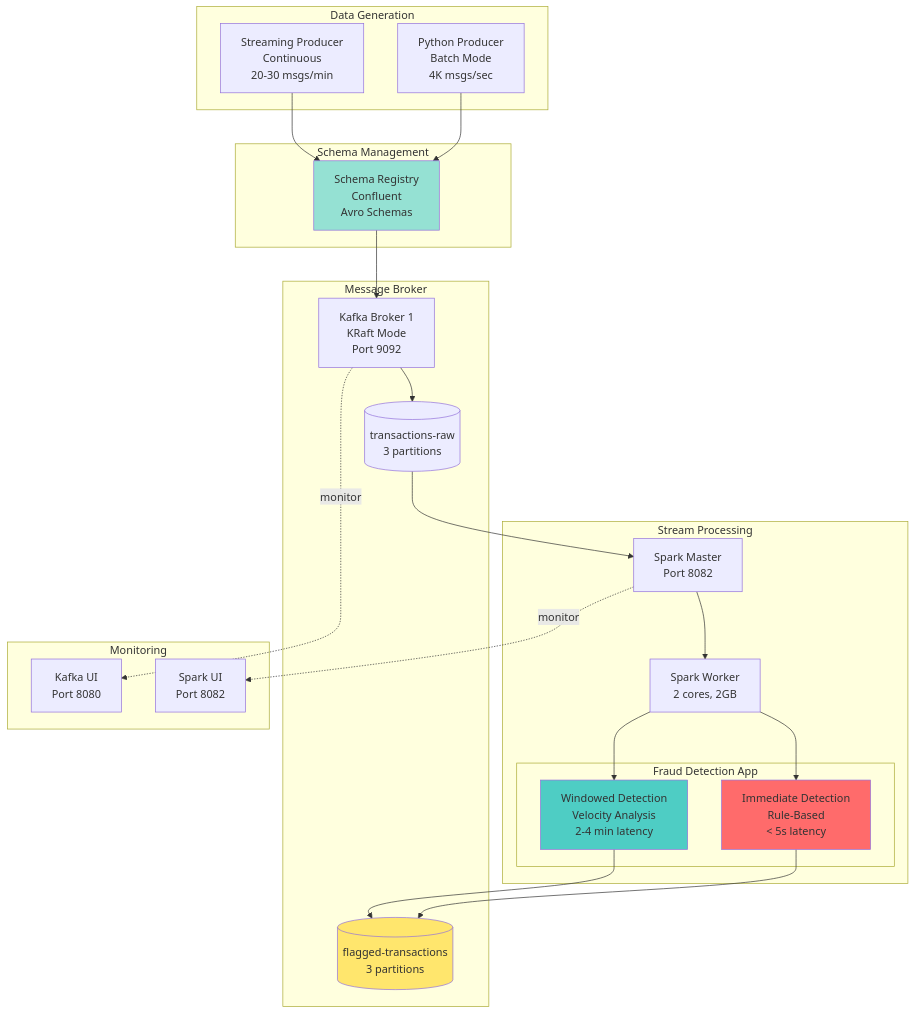
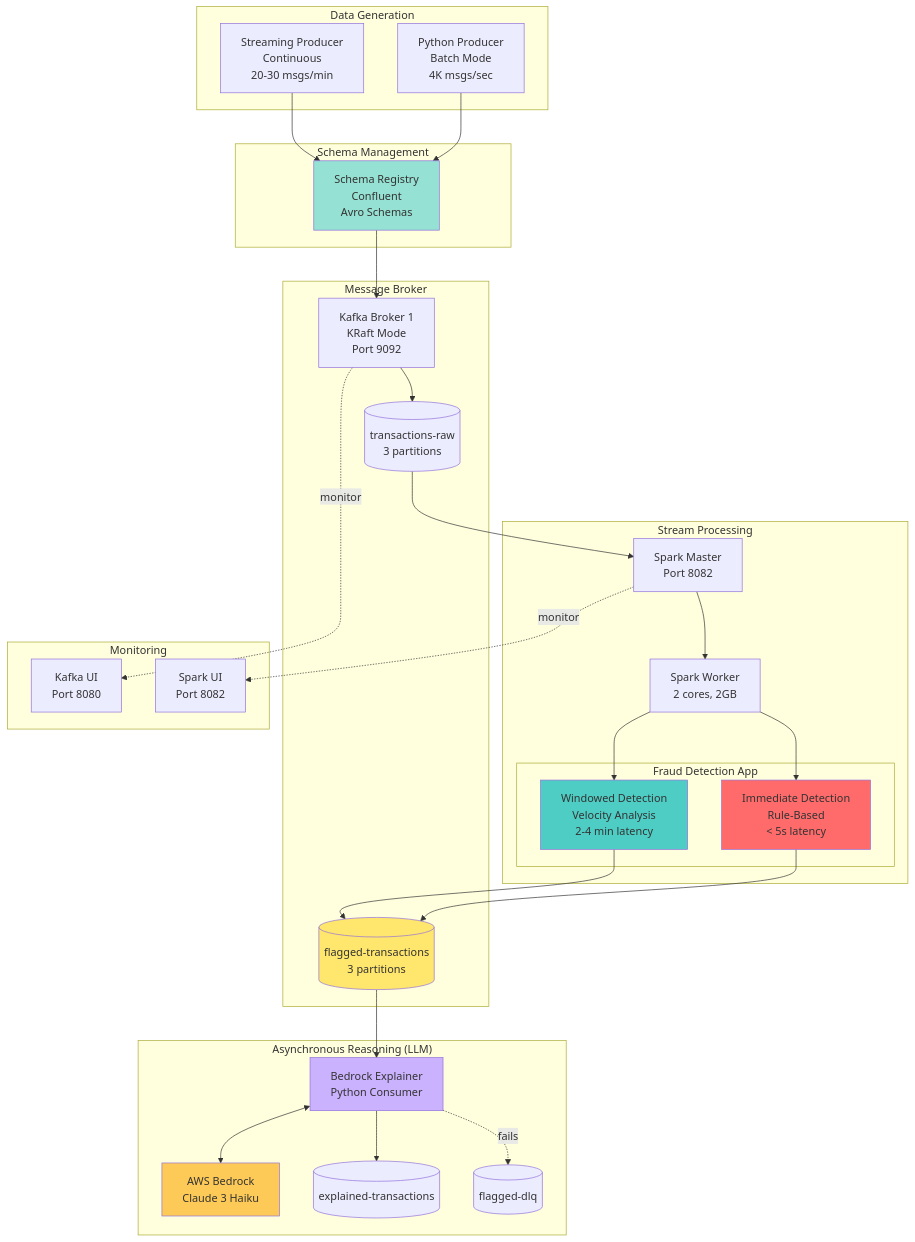
The first of 2 diagrams in README.md (W4NT3D29/kafka-spark-bedrock-fraud-pipeline), drawn with Mermaid before and after one commit. The commit also changed other lines of this file and 1 other file, not shown here.

Commit message:
fix: readme and bedrock

````diff
--- a/README.md
+++ b/README.md
@@ -23,53 +7,67 @@
 ```mermaid
 flowchart TB
     subgraph "Data Generation"
         P1[Python Producer<br/>Batch Mode<br/>4K msgs/sec]
         P2[Streaming Producer<br/>Continuous<br/>20-30 msgs/min]
     end
     
     subgraph "Schema Management"
         SR[Schema Registry<br/>Confluent<br/>Avro Schemas]
     end
     
     subgraph "Message Broker"
         K1[Kafka Broker 1<br/>KRaft Mode<br/>Port 9092]
         T1[(transactions-raw<br/>3 partitions)]
         T2[(flagged-transactions<br/>3 partitions)]
     end
     
     subgraph "Stream Processing"
         SM[Spark Master<br/>Port 8082]
         SW[Spark Worker<br/>2 cores, 2GB]
         
         subgraph "Fraud Detection App"
             D1[Immediate Detection<br/>Rule-Based<br/>< 5s latency]
             D2[Windowed Detection<br/>Velocity Analysis<br/>2-4 min latency]
         end
     end
     
+    subgraph "Asynchronous Reasoning (LLM)"
+        BE[Bedrock Explainer<br/>Python Consumer]
+        BAPI[AWS Bedrock<br/>Claude 3 Haiku]
+        T3[(explained-transactions)]
+        DLQ[(flagged-dlq)]
+    end
+    
     subgraph "Monitoring"
         KUI[Kafka UI<br/>Port 8080]
         SUI[Spark UI<br/>Port 8082]
     end
     
     P1 --> SR
     P2 --> SR
     SR --> K1
     K1 --> T1
     
     T1 --> SM
     SM --> SW
     SW --> D1
     SW --> D2
     
     D1 --> T2
     D2 --> T2
+
+    T2 --> BE
+    BE <--> BAPI
+    BE --> T3
+    BE -.fails.-> DLQ
     
     K1 -.monitor.-> KUI
     SM -.monitor.-> SUI
     
     style D1 fill:#ff6b6b
     style D2 fill:#4ecdc4
     style T2 fill:#ffe66d
     style SR fill:#95e1d3
+    style BE fill:#cbb2fe
+    style BAPI fill:#feca57
 ```
````
